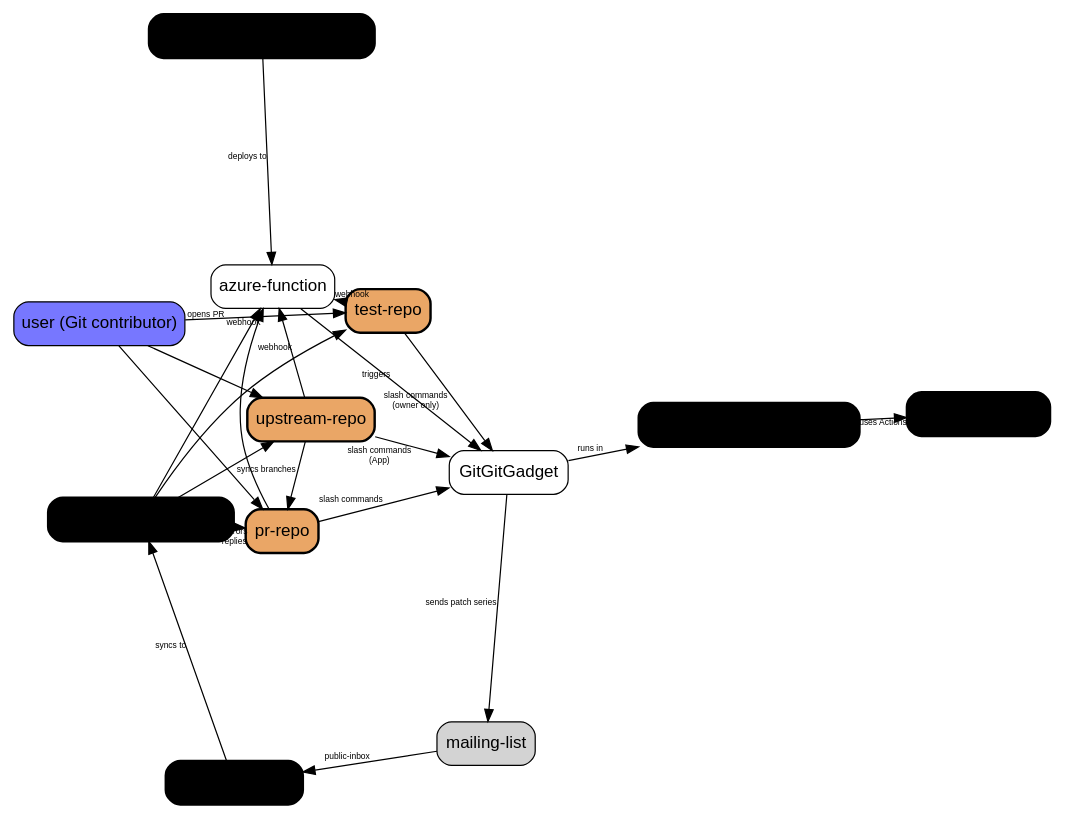
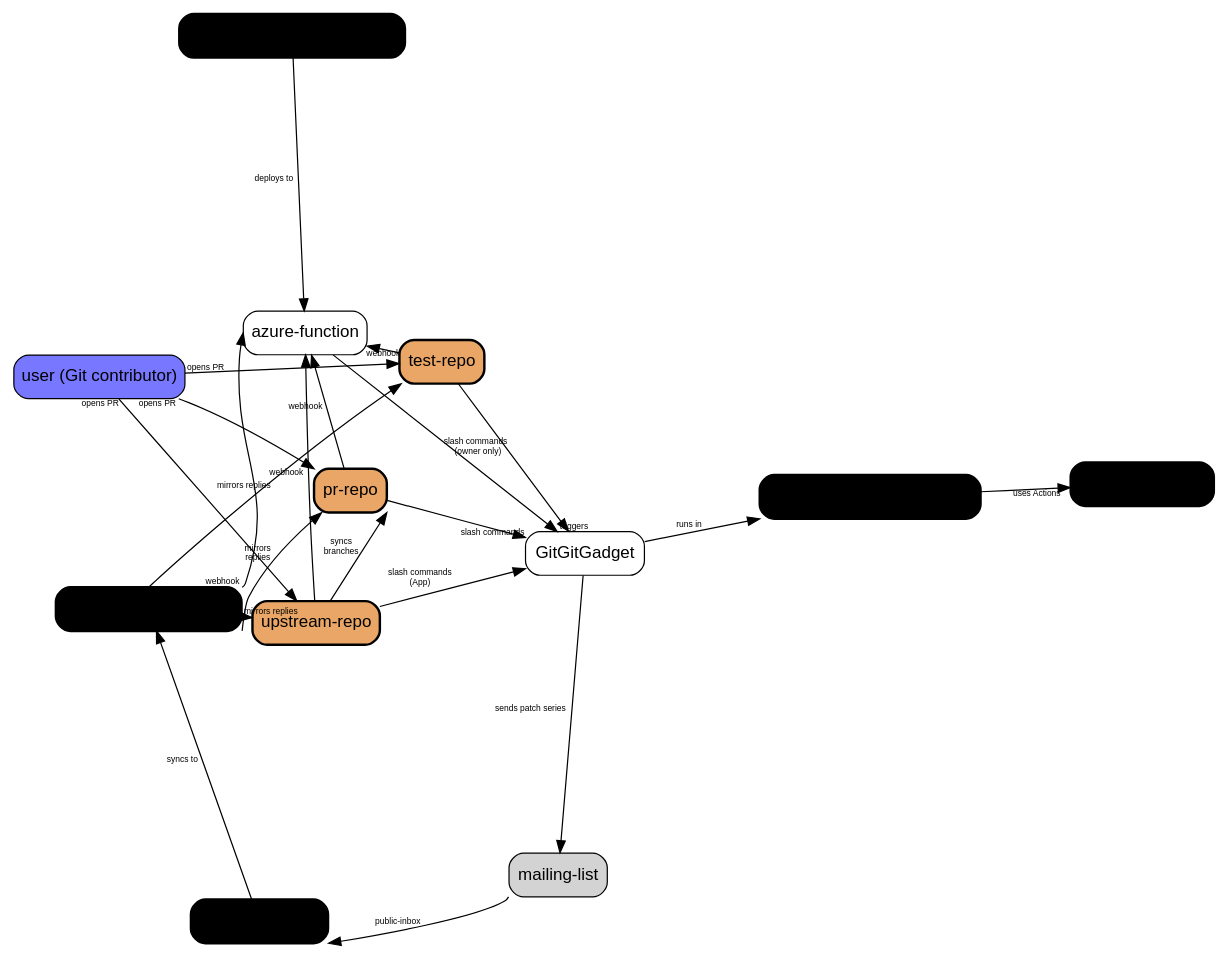
Before and after one commit to gitgitgadget/gitgitgadget.github.io: the second of 2 diagrams in content/architecture.md, drawn with Graphviz.

Commit message:
architecture: improve the diagram layout
I did some fiddling with overlapping edges, unlabled edges, label
placement and readability.

````diff
--- a/content/architecture.md
+++ b/content/architecture.md
@@ -39,56 +39,56 @@
 ```graphviz
 digraph GitGitGadgetFlow {
   layout="neato";
   rankdir="TB";
   splines=true;
   overlap=false;
   fontsize=10;
   sep="+4.5";
 
   node [fontname="Arial", shape=box, style="filled,rounded"];
   edge [fontname="Arial", fontsize=7];
 
   // Node styles
   user [label="user (Git contributor)", fillcolor="#7777ff"];
+  pr_repo [label="pr-repo", fillcolor="#eaa666", penwidth=2];
   upstream_repo [label="upstream-repo", fillcolor="#eaa666", penwidth=2];
-  pr_repo [label="pr-repo", fillcolor="#eaa666", penwidth=2];
   test_repo [label="test-repo", fillcolor="#eaa666", penwidth=2];
 
   GitGitGadget [label="GitGitGadget", fillcolor="#ffffff"];
   gitgitgadget_github_app_repo [label="gitgitgadget-github-app-repo", fillcolor="#fb7", penwidth=2];
   azure_function [label="azure-function", fillcolor="#ffffff"];
   gitgitgadget_workflows_repo [label="gitgitgadget-workflows-repo", fillcolor="#fb7", penwidth=2];
   gitgitgadget_repo [label="gitgitgadget-repo", fillcolor="#fb7", penwidth=2];
   mailing_list [label="mailing-list"];
   mailing_list_repo [label="mailing-list-repo", fillcolor="#fb7", penwidth=2];
   mailing_list_repo_mirror [label="mailing-list-repo-mirror", fillcolor="#fb7", penwidth=2];
 
-  user -> pr_repo;
-  user -> upstream_repo;
+  user -> pr_repo:nw [taillabel="     opens PR"];
+  user -> upstream_repo [taillabel="opens PR"];
   user -> test_repo [taillabel=" opens PR"];
 
-  upstream_repo -> pr_repo [label="syncs branches"];
-  pr_repo -> GitGitGadget [label="slash commands"];
+  upstream_repo -> pr_repo:se [label="syncs\nbranches"];
+  pr_repo -> GitGitGadget [headlabel="slash commands"];
   upstream_repo -> GitGitGadget [label="slash commands\n(App)"];
-  test_repo -> GitGitGadget [label="slash commands\n(owner only)"];
+  test_repo -> GitGitGadget [label="slash commands  \n(owner only)"];
 
-  GitGitGadget -> mailing_list [label="sends patch series"];
+  GitGitGadget -> mailing_list [label="sends patch series  "];
   GitGitGadget -> gitgitgadget_workflows_repo [label="runs in"];
-  gitgitgadget_workflows_repo -> gitgitgadget_repo [label="uses Actions"];
+  gitgitgadget_workflows_repo -> gitgitgadget_repo [label="uses Actions  "];
 
-  pr_repo -> azure_function;
-  upstream_repo -> azure_function [label="webhook"];
-  test_repo -> azure_function [headlabel="webhook"];
-  mailing_list_repo_mirror -> azure_function [headlabel="\nwebhook"];
+  pr_repo -> azure_function [label="webhook  "];
+  upstream_repo -> azure_function [label="webhook  "];
+  test_repo -> azure_function [label="webhook"];
+  mailing_list_repo_mirror:ne -> azure_function:w [taillabel="       webhook"];
 
-  gitgitgadget_github_app_repo -> azure_function [label="deploys to"];
-  azure_function -> GitGitGadget [label="triggers"];
+  gitgitgadget_github_app_repo -> azure_function [label="deploys to  "];
+  azure_function -> GitGitGadget [headlabel="triggers            "];
 
-  mailing_list -> mailing_list_repo [label="public-inbox"];
-  mailing_list_repo -> mailing_list_repo_mirror [label="syncs to"];
+  mailing_list:sw -> mailing_list_repo:se [label="public-inbox"];
+  mailing_list_repo -> mailing_list_repo_mirror [label="syncs to  "];
 
-  mailing_list_repo_mirror -> pr_repo [label="mirrors\nreplies"];
-  mailing_list_repo_mirror -> upstream_repo;
-  mailing_list_repo_mirror -> test_repo;
+  mailing_list_repo_mirror:se -> pr_repo [label="mirrors\nreplies"];
+  mailing_list_repo_mirror -> upstream_repo  [label="mirrors replies       "];
+  mailing_list_repo_mirror:n -> test_repo  [label="mirrors replies"];
 }
 ```
````
